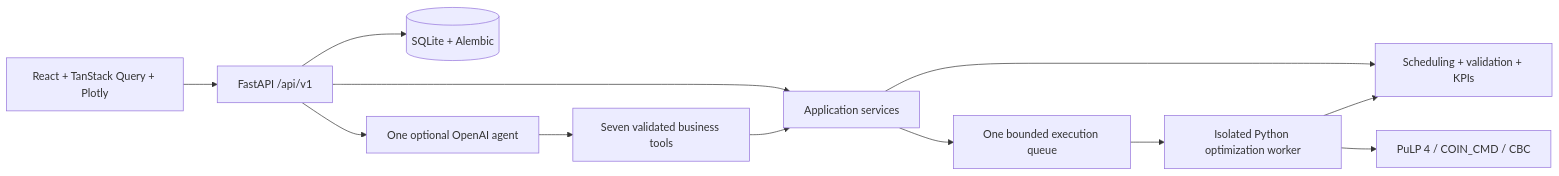
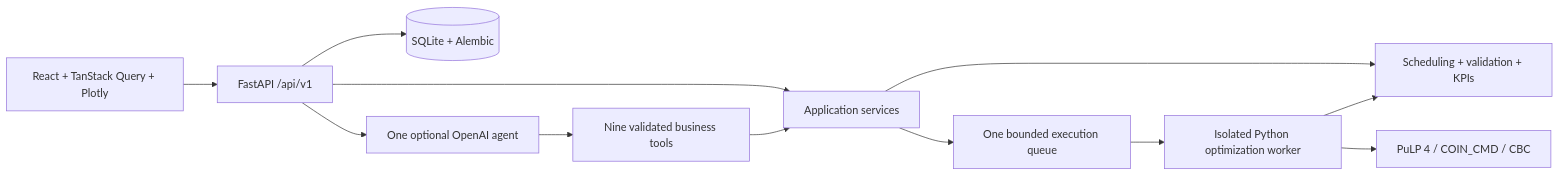
The diagram in docs/opspilot/architecture.md (MilkteaMon/production-scheduling-optimization-system), drawn with Mermaid before and after one commit. The commit also changed other lines of this file and 48 other files, not shown here.

````diff
--- a/docs/opspilot/architecture.md
+++ b/docs/opspilot/architecture.md
@@ -6,14 +6,14 @@
 ```mermaid
 flowchart LR
   UI[React + TanStack Query + Plotly] --> API[FastAPI /api/v1]
   API --> DB[(SQLite + Alembic)]
   API --> Services[Application services]
   Services --> Core[Scheduling + validation + KPIs]
   Services --> Queue[One bounded execution queue]
   Queue --> Process[Isolated Python optimization worker]
   Process --> CBC[PuLP 4 / COIN_CMD / CBC]
   Process --> Core
   API --> Agent[One optional OpenAI agent]
-  Agent --> Tools[Seven validated business tools]
+  Agent --> Tools[Nine validated business tools]
   Tools --> Services
 ```
````
